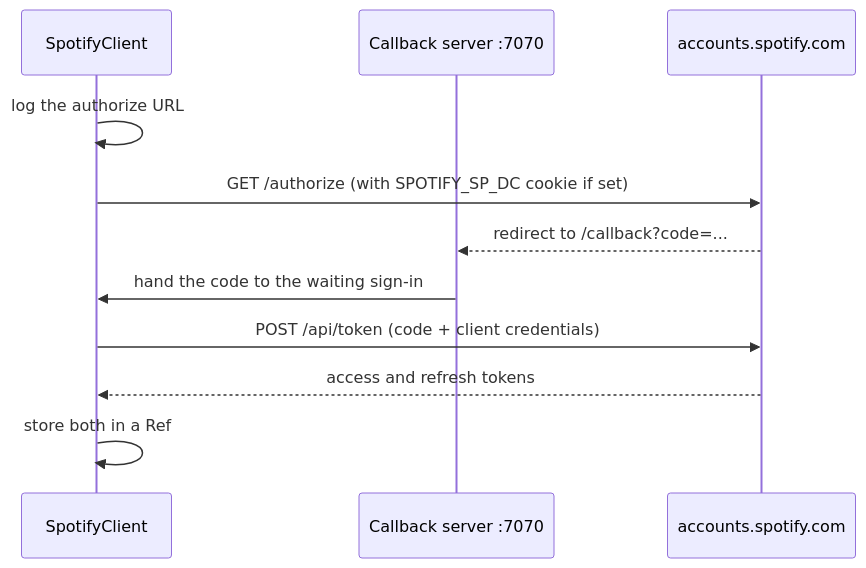
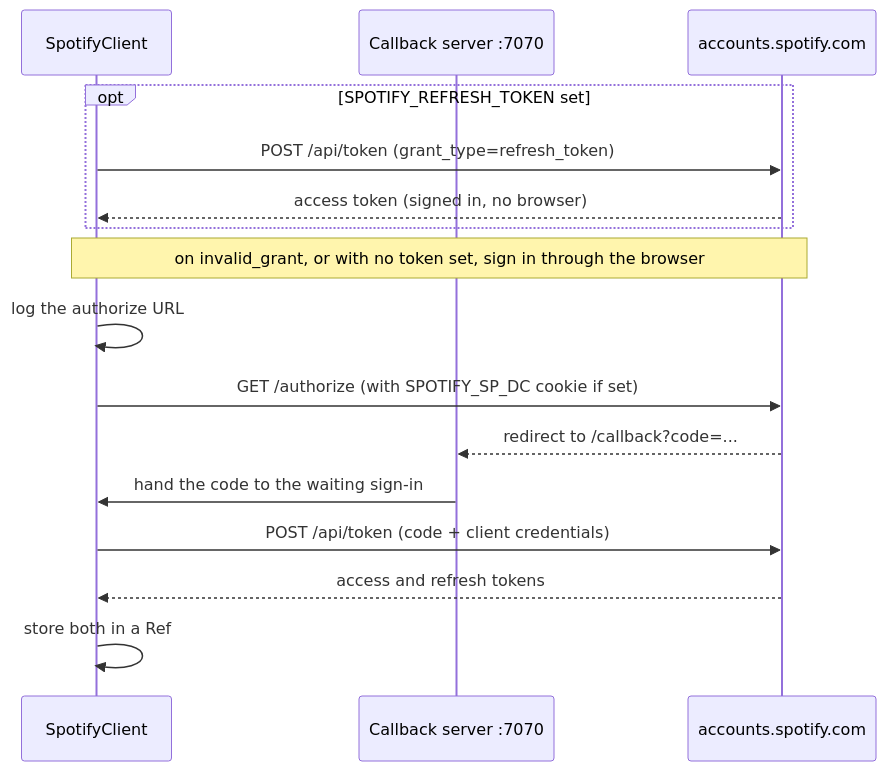
One commit to LorenzoPrinsloo/spotify-hue-sync changed the first of 3 diagrams in docs/how-it-works.md. Above: the diagram before and after it, drawn with Mermaid. The commit also changed other lines of this file and 2 other files, not shown here.

Commit message:
Clarify refresh-token startup and browser sign-in fallback in docs

````diff
--- a/docs/how-it-works.md
+++ b/docs/how-it-works.md
@@ -9,14 +9,19 @@
 ```mermaid
 sequenceDiagram
     participant App as SpotifyClient
     participant CB as Callback server :7070
     participant Acc as accounts.spotify.com
 
+    opt SPOTIFY_REFRESH_TOKEN set
+        App->>Acc: POST /api/token (grant_type=refresh_token)
+        Acc-->>App: access token (signed in, no browser)
+    end
+    Note over App,Acc: on invalid_grant, or with no token set, sign in through the browser
     App->>App: log the authorize URL
     App->>Acc: GET /authorize (with SPOTIFY_SP_DC cookie if set)
     Acc-->>CB: redirect to /callback?code=...
     CB->>App: hand the code to the waiting sign-in
     App->>Acc: POST /api/token (code + client credentials)
     Acc-->>App: access and refresh tokens
     App->>App: store both in a Ref
 ```
````
